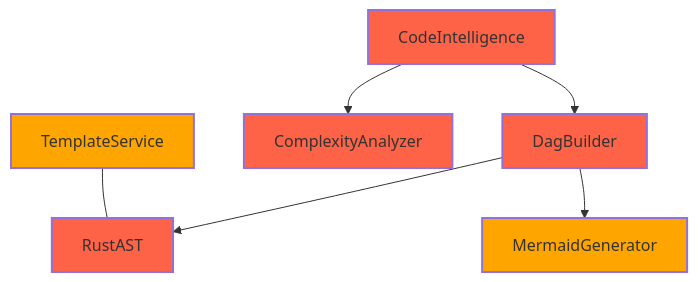
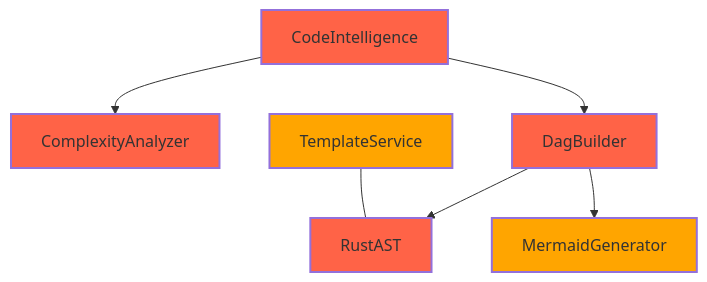
The diagram in artifacts/mermaid/ast-generated/styled/service-interactions.mmd (paiml/paiml-mcp-agent-toolkit), drawn with Mermaid before and after one commit. The commit also changed other lines of this file and 37 other files, not shown here.

```diff
--- a/artifacts/mermaid/ast-generated/styled/service-interactions.mmd
+++ b/artifacts/mermaid/ast-generated/styled/service-interactions.mmd
@@ -1,20 +1,20 @@
 graph TD
+    code_intelligence[CodeIntelligence]
+    complexity[ComplexityAnalyzer]
     ast_rust[RustAST]
+    template_service[TemplateService]
     dag_builder[DagBuilder]
-    code_intelligence[CodeIntelligence]
     mermaid_generator[MermaidGenerator]
-    complexity[ComplexityAnalyzer]
-    template_service[TemplateService]
 
     code_intelligence --> dag_builder
     dag_builder --> ast_rust
     dag_builder --> mermaid_generator
     code_intelligence --> complexity
     template_service --- ast_rust
 
+    style code_intelligence fill:#FF6347,stroke-width:2px
+    style complexity fill:#FF6347,stroke-width:2px
     style ast_rust fill:#FF6347,stroke-width:2px
+    style template_service fill:#FFA500,stroke-width:2px
     style dag_builder fill:#FF6347,stroke-width:2px
-    style code_intelligence fill:#FF6347,stroke-width:2px
     style mermaid_generator fill:#FFA500,stroke-width:2px
-    style complexity fill:#FF6347,stroke-width:2px
-    style template_service fill:#FFA500,stroke-width:2px
```
